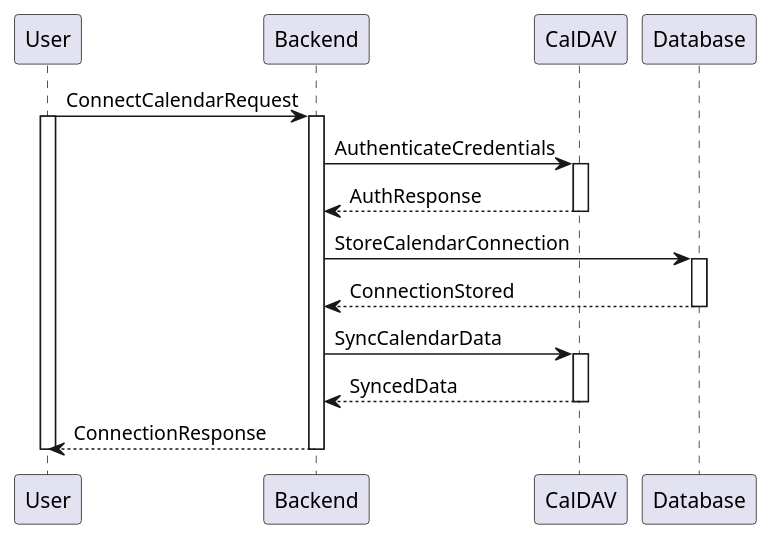
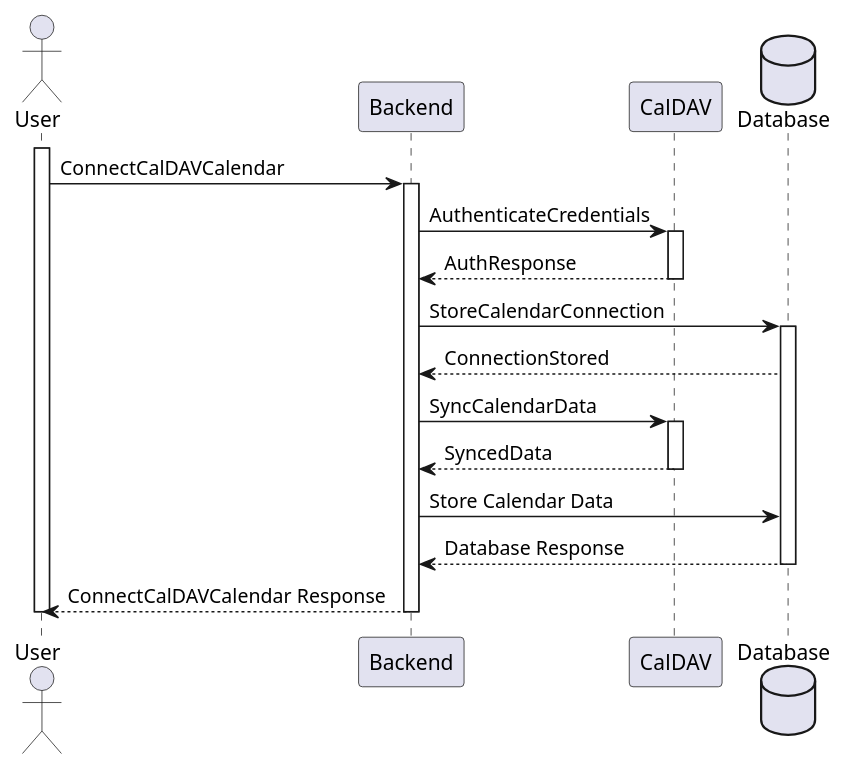
Before and after one commit to jadwalapp/symmetrical-spoon: the fifth of 14 diagrams in docs/diagrams/sequence-diagrams/all-sequence-diagrams.puml, drawn with PlantUML. The commit also changed other lines of this file and 4 other files, not shown here.

Commit message:
enhance sequence diagrams and use case diagram

```diff
--- a/docs/diagrams/sequence-diagrams/all-sequence-diagrams.puml
+++ b/docs/diagrams/sequence-diagrams/all-sequence-diagrams.puml
@@ -98,16 +113,25 @@
 @startuml Connect Calendar
-User -> Backend ++ : ConnectCalendarRequest
+actor User
+participant Backend
+participant CalDAV
+database Database
+
 activate User
+
+User -> Backend ++ : ConnectCalDAVCalendar
 
 Backend -> CalDAV ++ : AuthenticateCredentials
 CalDAV --> Backend -- : AuthResponse
 
 Backend -> Database ++ : StoreCalendarConnection
-Database --> Backend -- : ConnectionStored
+Database --> Backend : ConnectionStored
 
 Backend -> CalDAV ++ : SyncCalendarData
 CalDAV --> Backend -- : SyncedData
 
-Backend --> User -- : ConnectionResponse
+Backend -> Database : Store Calendar Data
+Database --> Backend -- :  Database Response
+
+Backend --> User -- : ConnectCalDAVCalendar Response
 deactivate User
 @enduml
```
